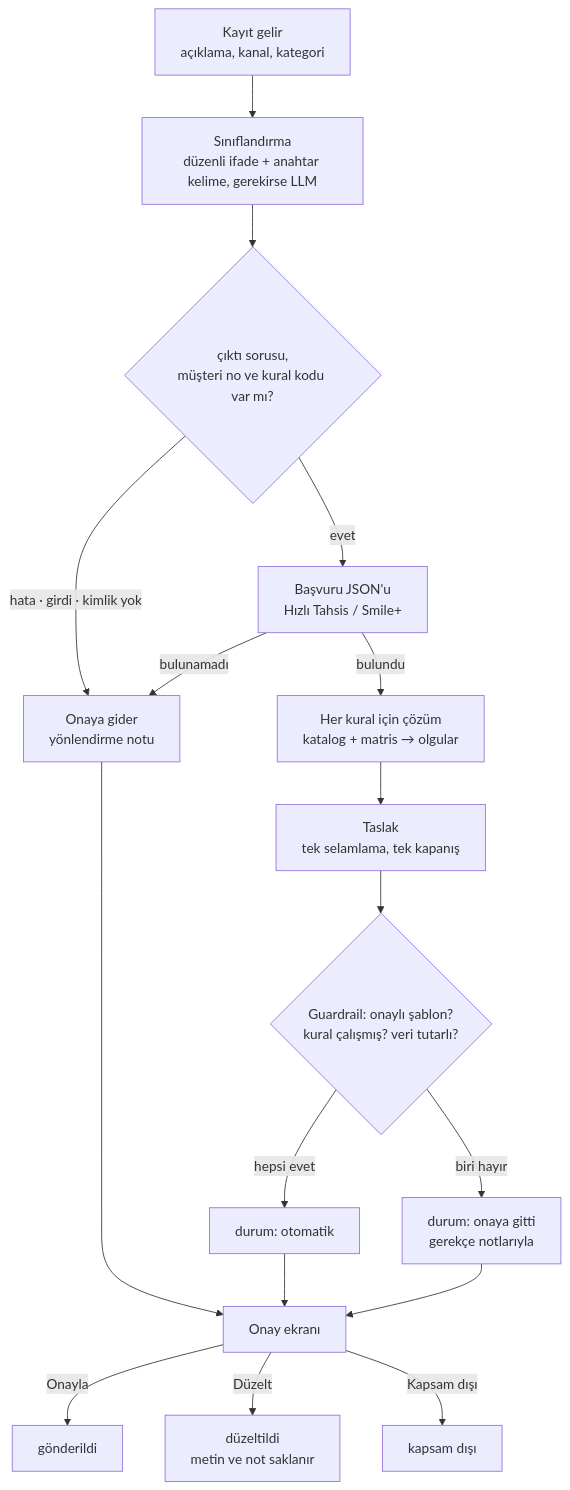
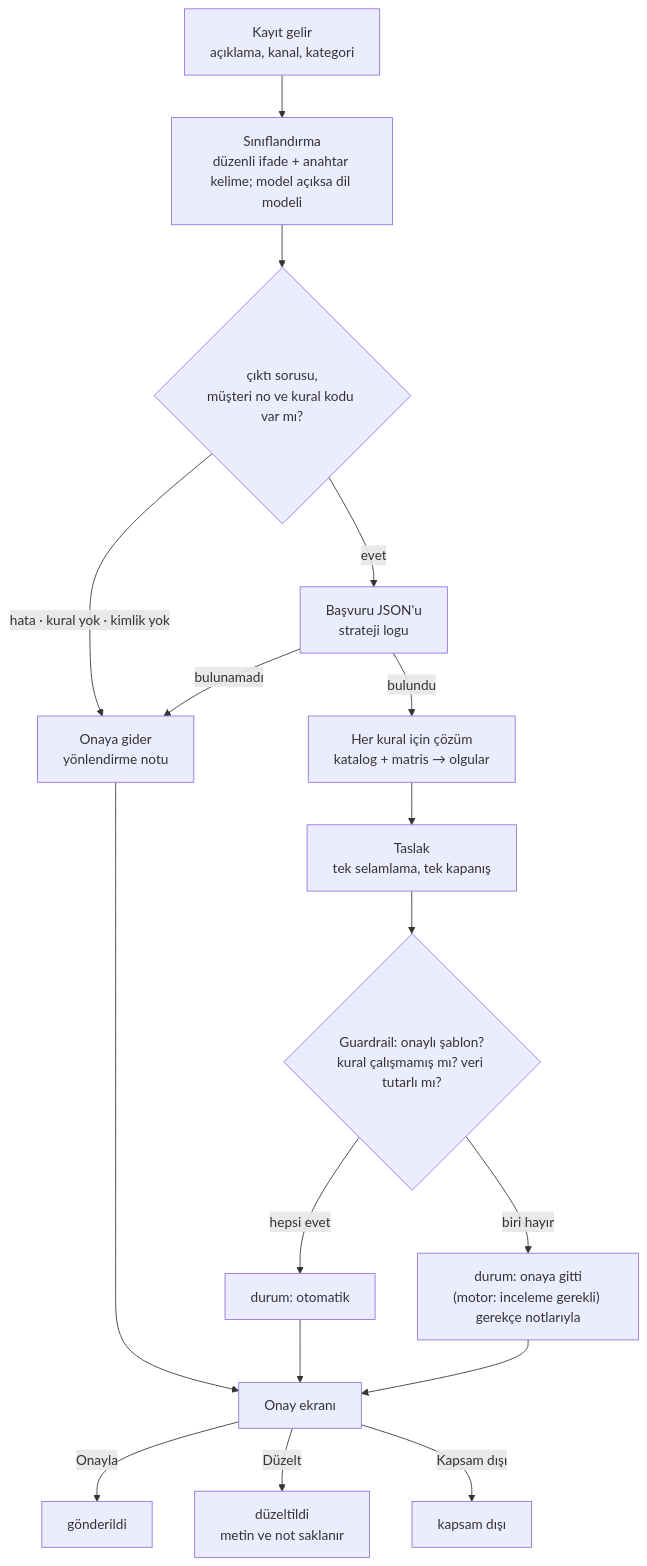
Before and after one commit to MertAErntrk/ykb-insource-projects: the diagram in strateji-cevap/docs/analiz_mimari/diyagram/03_akis.mmd, drawn with Mermaid. The commit also changed 28 other files, not shown here.

```diff
--- a/strateji-cevap/docs/analiz_mimari/diyagram/03_akis.mmd
+++ b/strateji-cevap/docs/analiz_mimari/diyagram/03_akis.mmd
@@ -1,17 +1,17 @@
 flowchart TB
-    A["Kayıt gelir<br/>açıklama, kanal, kategori"] --> B["Sınıflandırma<br/>düzenli ifade + anahtar kelime, gerekirse LLM"]
+    A["Kayıt gelir<br/>açıklama, kanal, kategori"] --> B["Sınıflandırma<br/>düzenli ifade + anahtar kelime; model açıksa dil modeli"]
     B --> C{"çıktı sorusu,<br/>müşteri no ve kural kodu var mı?"}
-    C -->|"hata · girdi · kimlik yok"| H["Onaya gider<br/>yönlendirme notu"]
-    C -->|"evet"| E["Başvuru JSON'u<br/>Hızlı Tahsis / Smile+"]
+    C -->|"hata · kural yok · kimlik yok"| H["Onaya gider<br/>yönlendirme notu"]
+    C -->|"evet"| E["Başvuru JSON'u<br/>strateji logu"]
     E -->|"bulunamadı"| H
     E -->|"bulundu"| G["Her kural için çözüm<br/>katalog + matris → olgular"]
     G --> I["Taslak<br/>tek selamlama, tek kapanış"]
-    I --> J{"Guardrail: onaylı şablon?<br/>kural çalışmış? veri tutarlı?"}
+    I --> J{"Guardrail: onaylı şablon?<br/>kural çalışmamış mı? veri tutarlı mı?"}
     J -->|"hepsi evet"| K["durum: otomatik"]
-    J -->|"biri hayır"| L["durum: onaya gitti<br/>gerekçe notlarıyla"]
+    J -->|"biri hayır"| L["durum: onaya gitti<br/>(motor: inceleme gerekli) gerekçe notlarıyla"]
     K --> M["Onay ekranı"]
     L --> M
     H --> M
     M -->|"Onayla"| O["gönderildi"]
     M -->|"Düzelt"| P["düzeltildi<br/>metin ve not saklanır"]
     M -->|"Kapsam dışı"| R["kapsam dışı"]
```
